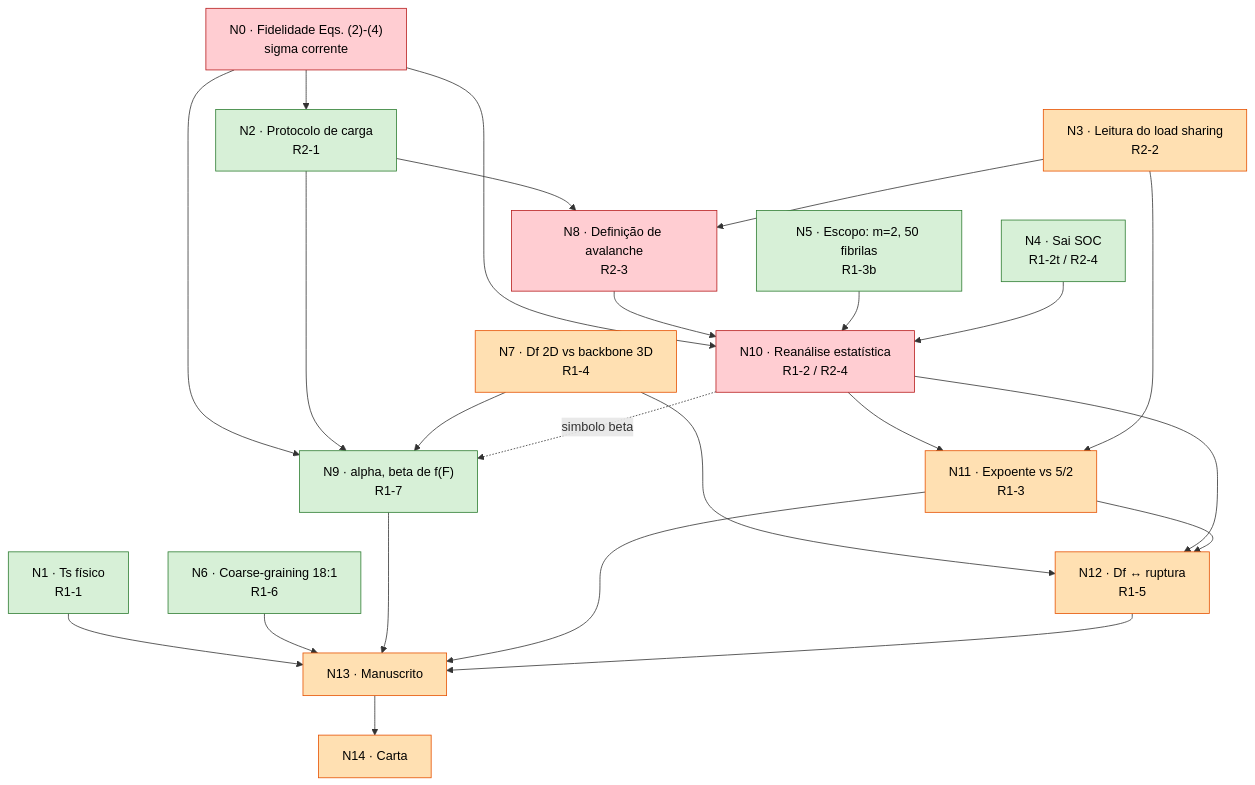
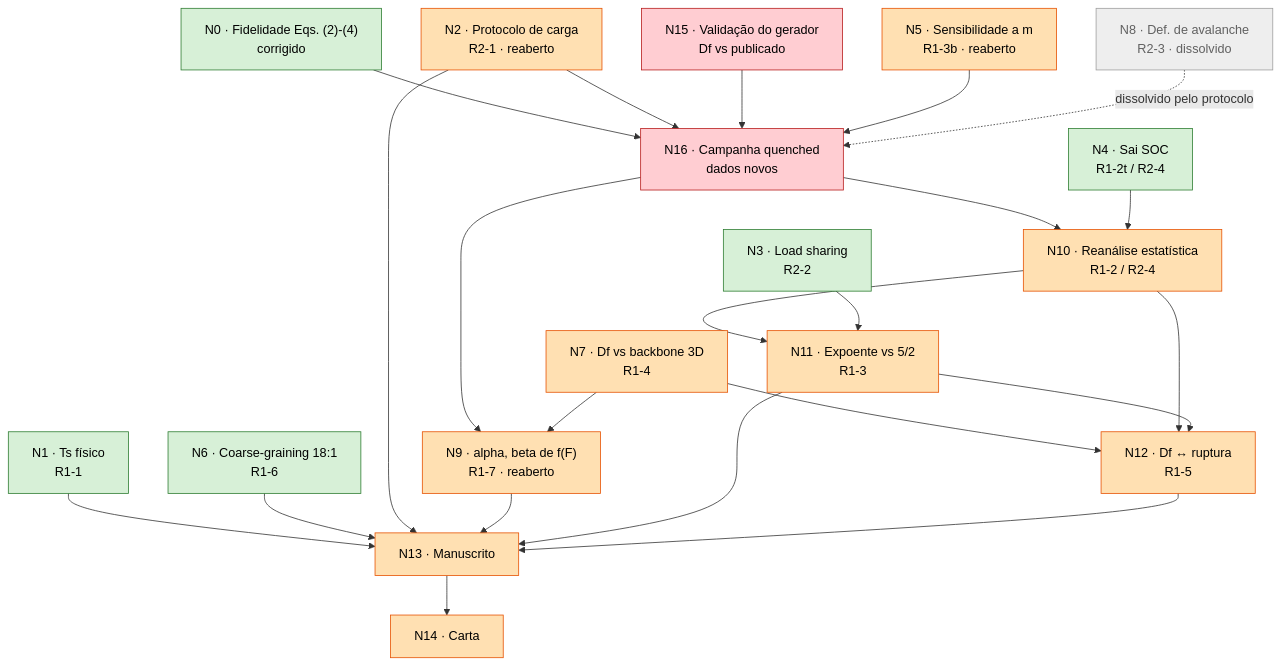
The diagram in Reviews/DAG_dependencias_revisao.md (michaelsouza/dla-collagen), drawn with Mermaid before and after one commit. The commit also changed other lines of this file, not shown here.

````diff
--- a/Reviews/DAG_dependencias_revisao.md
+++ b/Reviews/DAG_dependencias_revisao.md
@@ -50,48 +68,51 @@
 ```mermaid
 graph TD
+  N0["N0 · Fidelidade Eqs. (2)-(4)<br/>corrigido"]
+  N15["N15 · Validação do gerador<br/>Df vs publicado"]
+  N16["N16 · Campanha quenched<br/>dados novos"]
   N1["N1 · Ts físico<br/>R1-1"]
-  N2["N2 · Protocolo de carga<br/>R2-1"]
-  N3["N3 · Leitura do load sharing<br/>R2-2"]
+  N2["N2 · Protocolo de carga<br/>R2-1 · reaberto"]
+  N3["N3 · Load sharing<br/>R2-2"]
   N4["N4 · Sai SOC<br/>R1-2t / R2-4"]
-  N5["N5 · Escopo: m=2, 50 fibrilas<br/>R1-3b"]
+  N5["N5 · Sensibilidade a m<br/>R1-3b · reaberto"]
   N6["N6 · Coarse-graining 18:1<br/>R1-6"]
-  N7["N7 · Df 2D vs backbone 3D<br/>R1-4"]
-  N8["N8 · Definição de avalanche<br/>R2-3"]
-  N9["N9 · alpha, beta de f(F)<br/>R1-7"]
+  N7["N7 · Df vs backbone 3D<br/>R1-4"]
+  N8["N8 · Def. de avalanche<br/>R2-3 · dissolvido"]
+  N9["N9 · alpha, beta de f(F)<br/>R1-7 · reaberto"]
   N10["N10 · Reanálise estatística<br/>R1-2 / R2-4"]
   N11["N11 · Expoente vs 5/2<br/>R1-3"]
   N12["N12 · Df ↔ ruptura<br/>R1-5"]
   N13["N13 · Manuscrito"]
   N14["N14 · Carta"]
 
-  N0["N0 · Fidelidade Eqs. (2)-(4)<br/>sigma corrente"]
-  N0 --> N2
-  N0 --> N9
-  N0 --> N10
-  N2 --> N8
-  N3 --> N8
-  N2 --> N9
+  N0 --> N16
+  N2 --> N16
+  N15 --> N16
+  N5 --> N16
+  N16 --> N9
+  N16 --> N10
   N7 --> N9
-  N8 --> N10
-  N5 --> N10
   N4 --> N10
   N10 --> N11
   N3 --> N11
   N7 --> N12
   N10 --> N12
   N11 --> N12
-  N10 -.simbolo beta.-> N9
   N1 --> N13
   N6 --> N13
+  N2 --> N13
   N9 --> N13
   N11 --> N13
   N12 --> N13
   N13 --> N14
+  N8 -. dissolvido pelo protocolo .-> N16
 
   classDef fechado fill:#d7f0d7,stroke:#2e7d32,color:#000;
   classDef aberto fill:#ffe0b2,stroke:#e65100,color:#000;
   classDef critico fill:#ffcdd2,stroke:#b71c1c,color:#000;
-  class N1,N2,N4,N5,N6,N9 fechado;
-  class N3,N7,N11,N12,N13,N14 aberto;
-  class N8,N10,N0 critico;
+  classDef morto fill:#eeeeee,stroke:#9e9e9e,color:#616161;
+  class N0,N1,N4,N6,N3 fechado;
+  class N2,N5,N7,N9,N10,N11,N12,N13,N14 aberto;
+  class N15,N16 critico;
+  class N8 morto;
 ```
````
